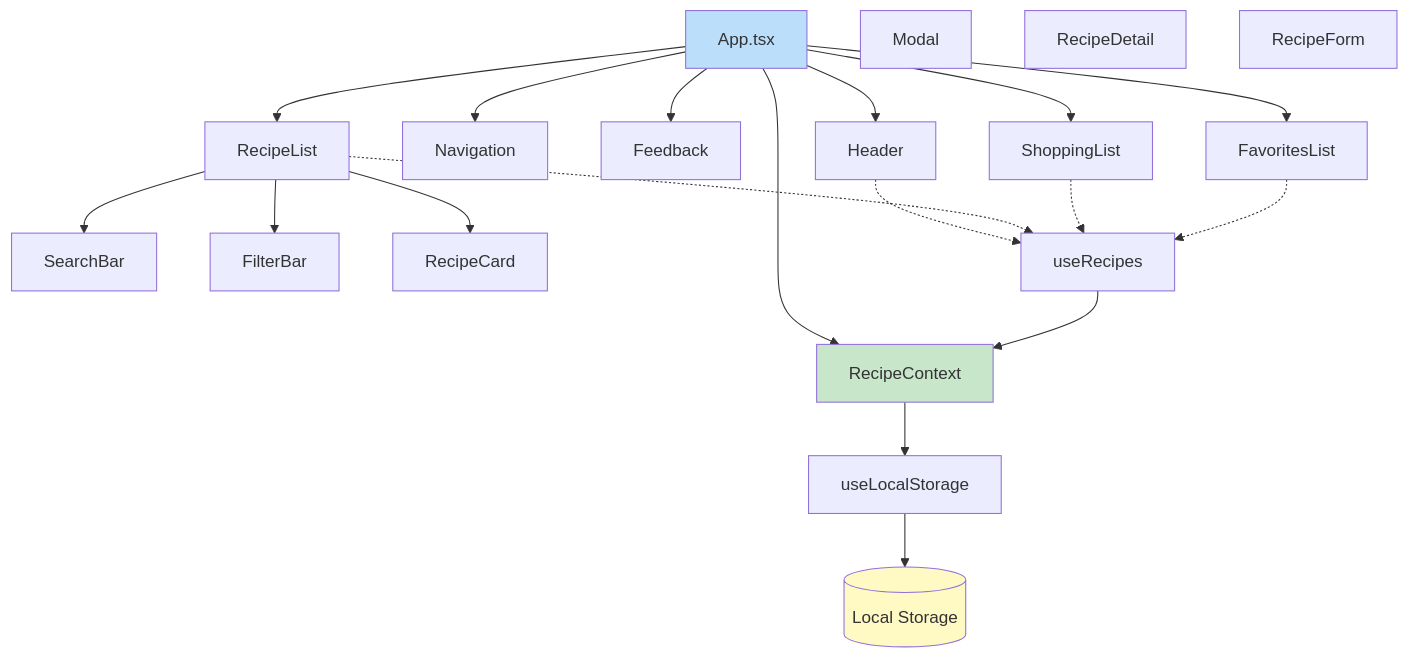
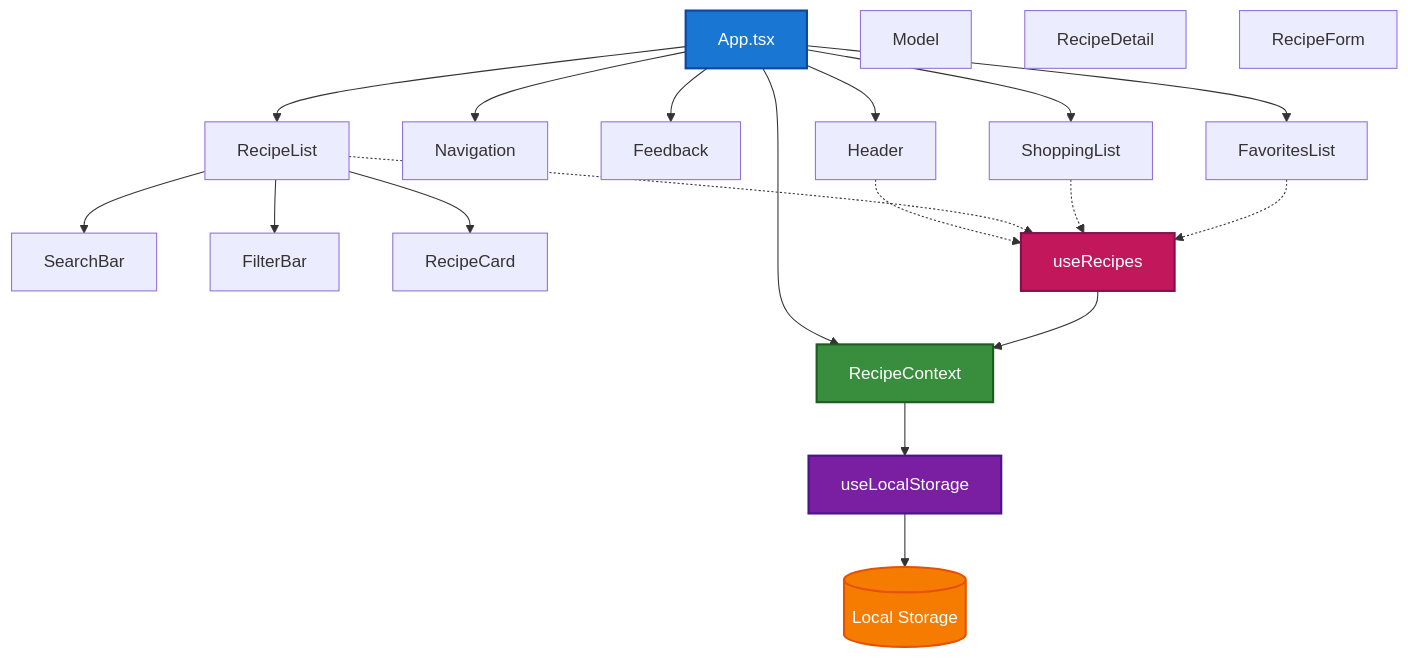
The first of 15 diagrams in README.md (jajecnikmarci/kliensoldali-NHF), drawn with Mermaid before and after one commit. The commit also changed other lines of this file, not shown here.

````diff
--- a/README.md
+++ b/README.md
@@ -80,50 +80,52 @@
 ```mermaid
 flowchart TD
     App[App.tsx]
     Context[RecipeContext]
     
     Header[Header]
     Navigation[Navigation]
     SearchBar[SearchBar]
     FilterBar[FilterBar]
-    Modal[Modal]
+    Model[Model]
     Feedback[Feedback]
     
     RecipeList[RecipeList]
     RecipeCard[RecipeCard]
     RecipeDetail[RecipeDetail]
     RecipeForm[RecipeForm]
     
     ShoppingList[ShoppingList]
     FavoritesList[FavoritesList]
     
     useLocalStorage[useLocalStorage]
     useRecipes[useRecipes]
     
     LS[(Local Storage)]
     
     App --> Context
     App --> Header
     App --> Navigation
     App --> Feedback
     App --> RecipeList
     App --> ShoppingList
     App --> FavoritesList
     
     RecipeList --> RecipeCard
     RecipeList --> SearchBar
     RecipeList --> FilterBar
     
     Context --> useLocalStorage
     useLocalStorage --> LS
     
     Header -.-> useRecipes
     RecipeList -.-> useRecipes
     ShoppingList -.-> useRecipes
     FavoritesList -.-> useRecipes
     useRecipes --> Context
     
-    style App fill:#bbdefb
-    style Context fill:#c8e6c9
-    style LS fill:#fff9c4
+    style App fill:#1976d2,stroke:#0d47a1,stroke-width:2px,color:#fff
+    style Context fill:#388e3c,stroke:#1b5e20,stroke-width:2px,color:#fff
+    style LS fill:#f57c00,stroke:#e65100,stroke-width:2px,color:#fff
+    style useLocalStorage fill:#7b1fa2,stroke:#4a148c,stroke-width:2px,color:#fff
+    style useRecipes fill:#c2185b,stroke:#880e4f,stroke-width:2px,color:#fff
 ```
````
